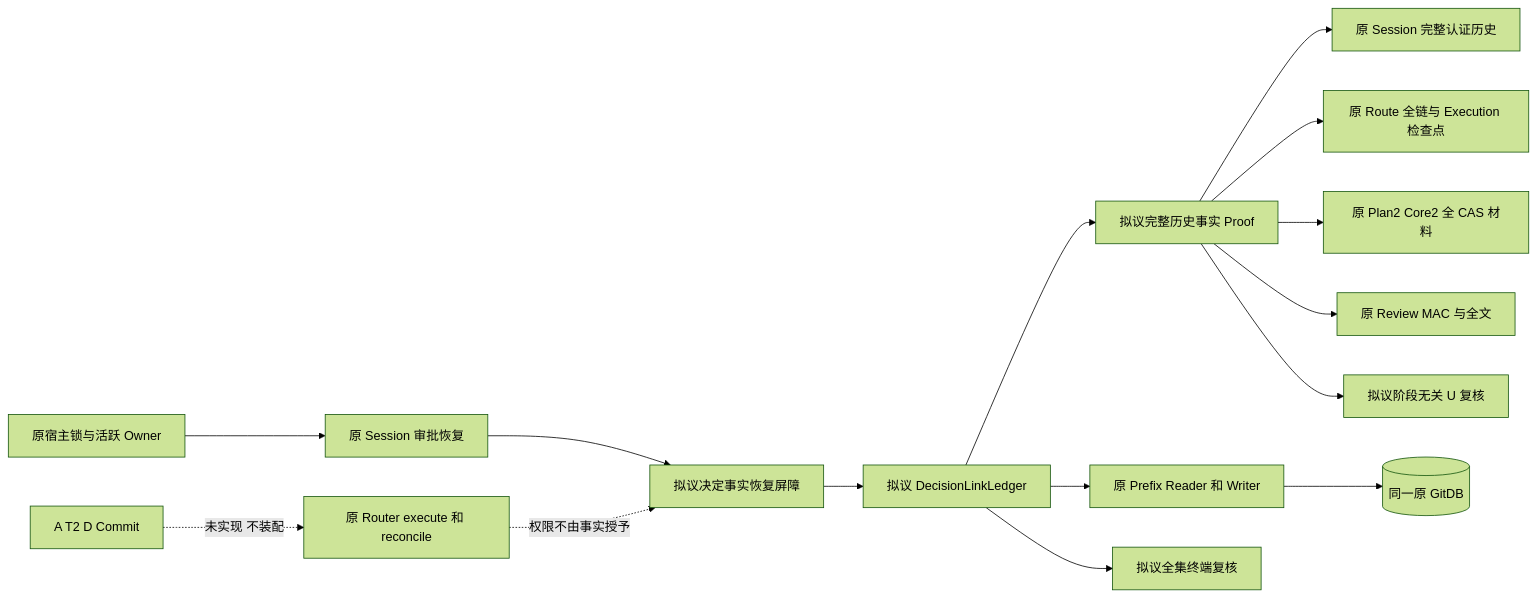
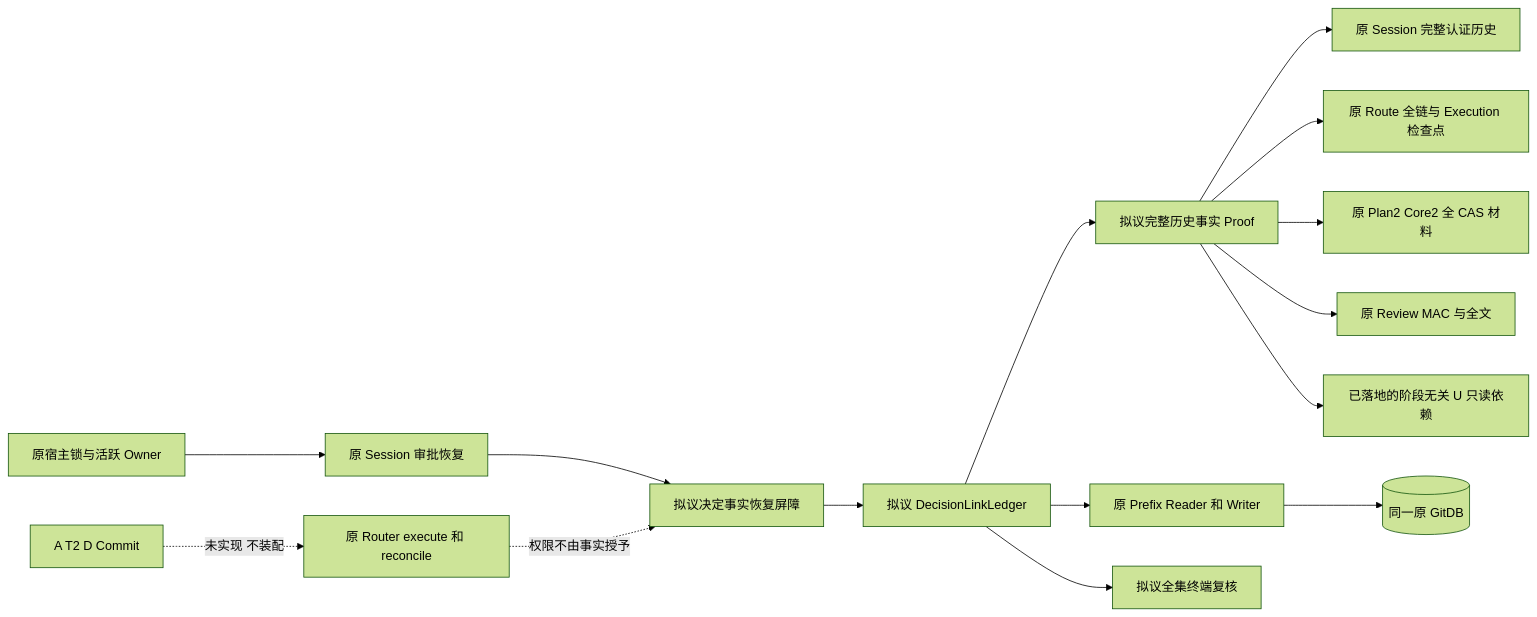
One commit to carrie1988/Harnessix changed the second of 6 diagrams in docs/changes/m09-r4-git-approved-link.md. Above: the diagram before and after it, drawn with Mermaid (forest theme). The commit also changed other lines of this file and 29 other files, not shown here.

````diff
--- a/docs/changes/m09-r4-git-approved-link.md
+++ b/docs/changes/m09-r4-git-approved-link.md
@@ -132,17 +140,17 @@
 ```mermaid
 flowchart LR
     H[原宿主锁与活跃 Owner] --> C[原 Session 审批恢复]
     C --> B[拟议决定事实恢复屏障]
     B --> L[拟议 DecisionLinkLedger]
     L --> F[拟议完整历史事实 Proof]
     F --> S[原 Session 完整认证历史]
     F --> R[原 Route 全链与 Execution 检查点]
     F --> K[原 Plan2 Core2 全 CAS 材料]
     F --> A[原 Review MAC 与全文]
-    F --> U[拟议阶段无关 U 复核]
+    F --> U[已落地的阶段无关 U 只读依赖]
     L --> P[原 Prefix Reader 和 Writer]
     P --> DB[(同一原 GitDB)]
     L --> T[拟议全集终端复核]
     E[原 Router execute 和 reconcile] -. 权限不由事实授予 .-> B
     N[A T2 D Commit] -. 未实现 不装配 .-> E
 ```
````
